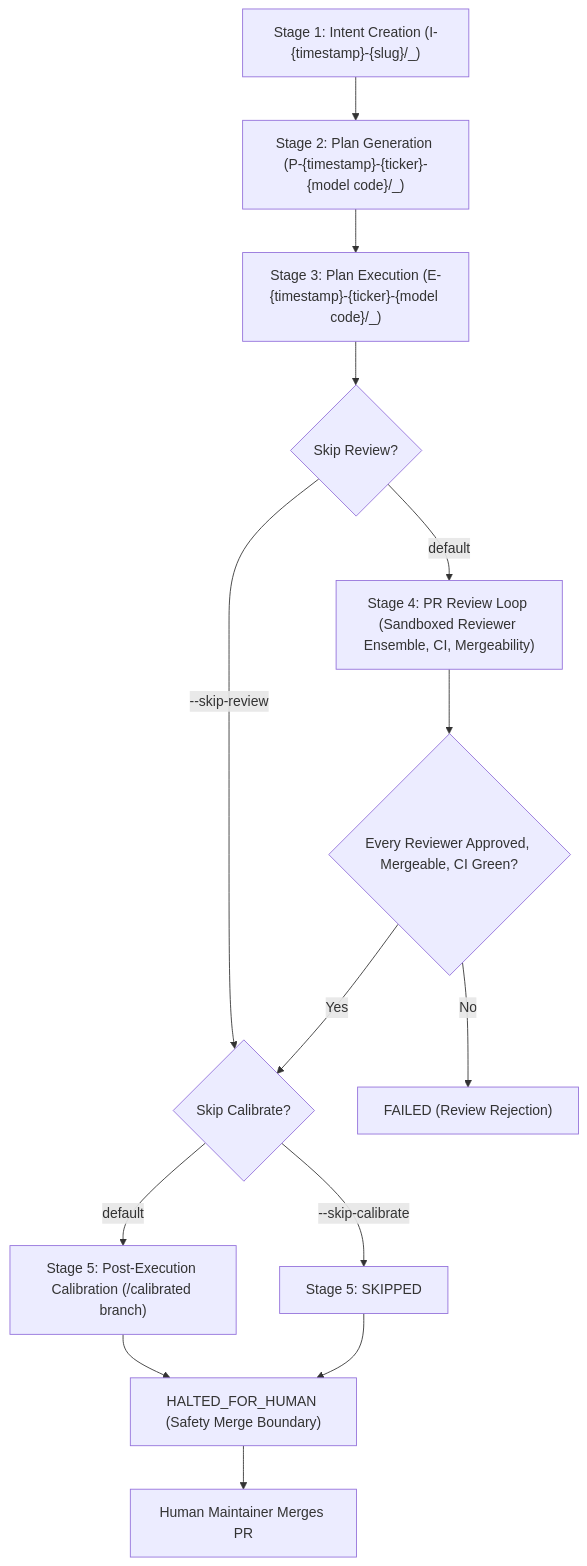
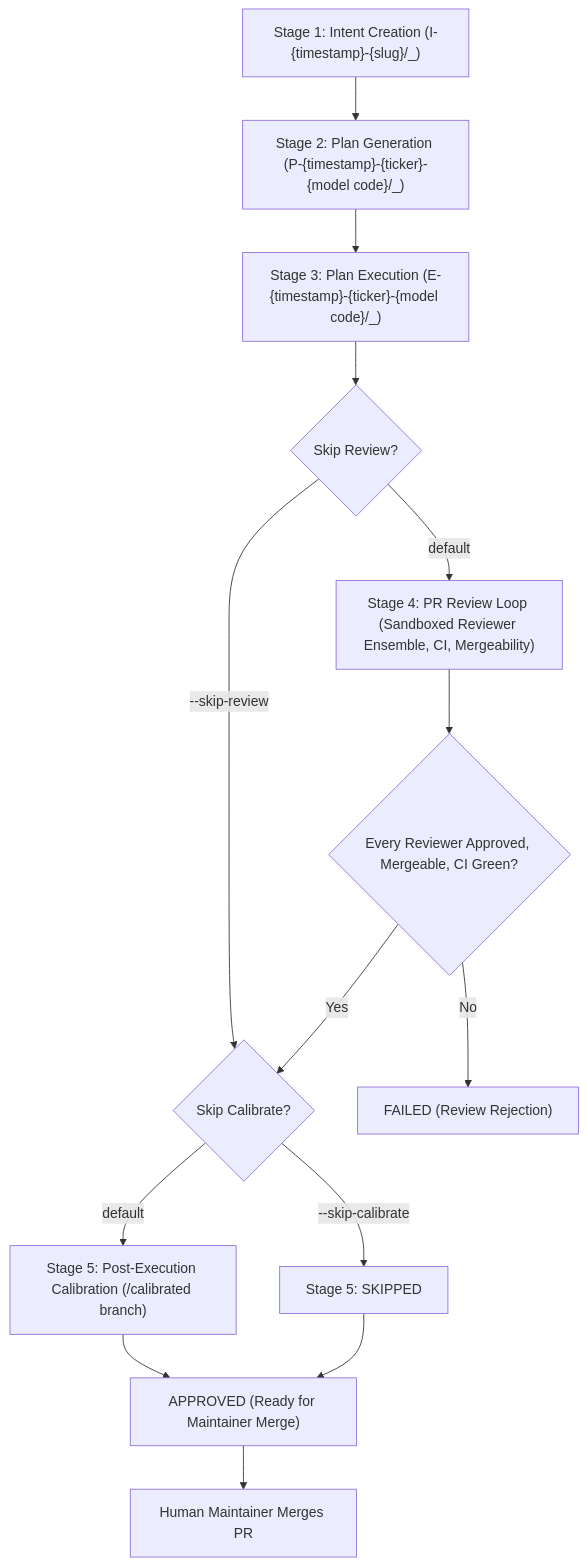
One commit to Holon-Agentic-Coder/holon-agentic-coder changed the third of 3 diagrams in README.md. Above: the diagram before and after it, drawn with Mermaid. The commit also changed 30 other files, not shown here.

````diff
--- a/README.md
+++ b/README.md
@@ -874,16 +874,16 @@
 ```mermaid
 flowchart TD
     S1["Stage 1: Intent Creation (I-{timestamp}-{slug}/_)"] --> S2["Stage 2: Plan Generation (P-{timestamp}-{ticker}-{model code}/_)"]
     S2 --> S3["Stage 3: Plan Execution (E-{timestamp}-{ticker}-{model code}/_)"]
     S3 --> C1{"Skip Review?"}
     C1 -- "--skip-review" --> C2{"Skip Calibrate?"}
     C1 -- "default" --> S4["Stage 4: PR Review Loop (Sandboxed Reviewer Ensemble, CI, Mergeability)"]
     S4 --> H1{"Every Reviewer Approved, Mergeable, CI Green?"}
     H1 -- "Yes" --> C2
     H1 -- "No" --> F1["FAILED (Review Rejection)"]
     C2 -- "--skip-calibrate" --> S_SKIP["Stage 5: SKIPPED"]
     C2 -- "default" --> S5["Stage 5: Post-Execution Calibration (/calibrated branch)"]
-    S5 --> HALT["HALTED_FOR_HUMAN (Safety Merge Boundary)"]
-    S_SKIP --> HALT
-    HALT --> DONE["Human Maintainer Merges PR"]
+    S5 --> APPROVED["APPROVED (Ready for Maintainer Merge)"]
+    S_SKIP --> APPROVED
+    APPROVED --> DONE["Human Maintainer Merges PR"]
 ```
````
